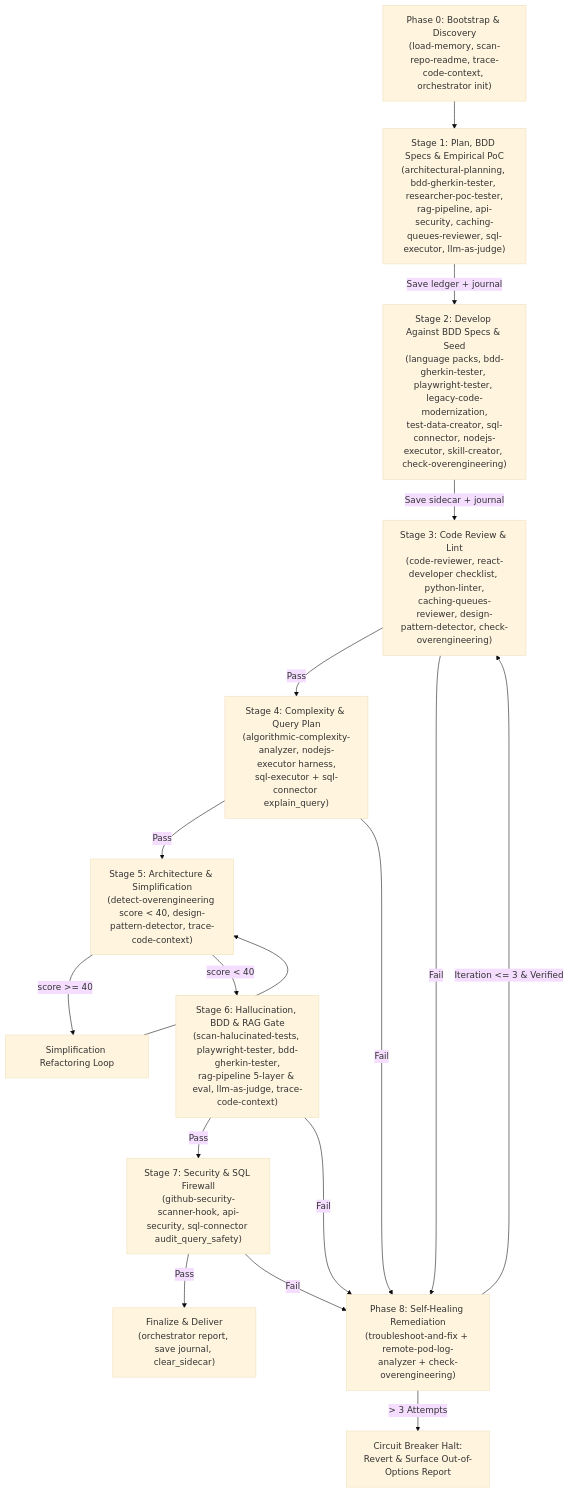
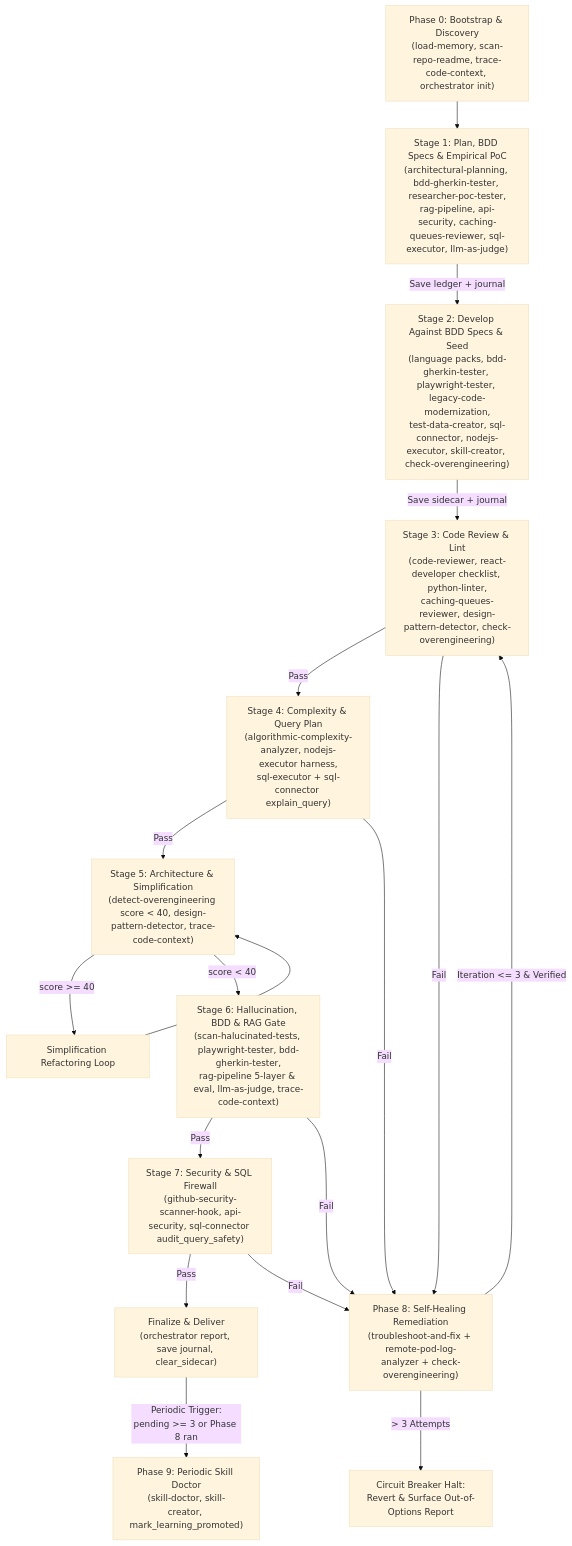
One commit to nainishshafi/developer-productivity-skills changed the diagram in .github/agents/software-factory-agent.md. Above: the diagram before and after it, drawn with Mermaid (base theme). The commit also changed other lines of this file and 22 other files, not shown here.

Commit message:
feat(skill-doctor): add periodic skill-doctor, memory promotion tracking, and skill updates

````diff
--- a/.github/agents/software-factory-agent.md
+++ b/.github/agents/software-factory-agent.md
@@ -42,23 +42,23 @@
 ```mermaid
 flowchart TD
     B["Phase 0: Bootstrap & Discovery<br/>(load-memory, scan-repo-readme, trace-code-context, orchestrator init)"] --> S1
     S1["Stage 1: Plan, BDD Specs & Empirical PoC<br/>(architectural-planning, bdd-gherkin-tester, researcher-poc-tester,<br/>rag-pipeline, api-security, caching-queues-reviewer, sql-executor, llm-as-judge)"] -->|Save ledger + journal| S2
     S2["Stage 2: Develop Against BDD Specs & Seed<br/>(language packs, bdd-gherkin-tester, playwright-tester, legacy-code-modernization,<br/>test-data-creator, sql-connector, nodejs-executor, skill-creator, check-overengineering)"] -->|Save sidecar + journal| S3
     S3["Stage 3: Code Review & Lint<br/>(code-reviewer, react-developer checklist, python-linter,<br/>caching-queues-reviewer, design-pattern-detector, check-overengineering)"] -->|Pass| S4
     S4["Stage 4: Complexity & Query Plan<br/>(algorithmic-complexity-analyzer, nodejs-executor harness,<br/>sql-executor + sql-connector explain_query)"] -->|Pass| S5
     S5["Stage 5: Architecture & Simplification<br/>(detect-overengineering score < 40, design-pattern-detector, trace-code-context)"] -->|score >= 40| S5_Loop["Simplification Refactoring Loop"]
     S5_Loop --> S5
     S5 -->|score < 40| S6
     S6["Stage 6: Hallucination, BDD & RAG Gate<br/>(scan-halucinated-tests, playwright-tester, bdd-gherkin-tester,<br/>rag-pipeline 5-layer & eval, llm-as-judge, trace-code-context)"] -->|Pass| S7
     S7["Stage 7: Security & SQL Firewall<br/>(github-security-scanner-hook, api-security, sql-connector audit_query_safety)"] -->|Pass| F
 
     S3 -->|Fail| R
     S4 -->|Fail| R
     S6 -->|Fail| R
     S7 -->|Fail| R
 
     R["Phase 8: Self-Healing Remediation<br/>(troubleshoot-and-fix + remote-pod-log-analyzer + check-overengineering)"] -->|"Iteration <= 3 & Verified"| S3
     R -->|"> 3 Attempts"| CB["Circuit Breaker Halt:<br/>Revert & Surface Out-of-Options Report"]
 
-    F["Finalize & Deliver<br/>(orchestrator report, save journal, clear_sidecar)"]
+    F["Finalize & Deliver<br/>(orchestrator report, save journal, clear_sidecar)"] -->|"Periodic Trigger:<br/>pending >= 3 or Phase 8 ran"| SD["Phase 9: Periodic Skill Doctor<br/>(skill-doctor, skill-creator, mark_learning_promoted)"]
 ```
````
